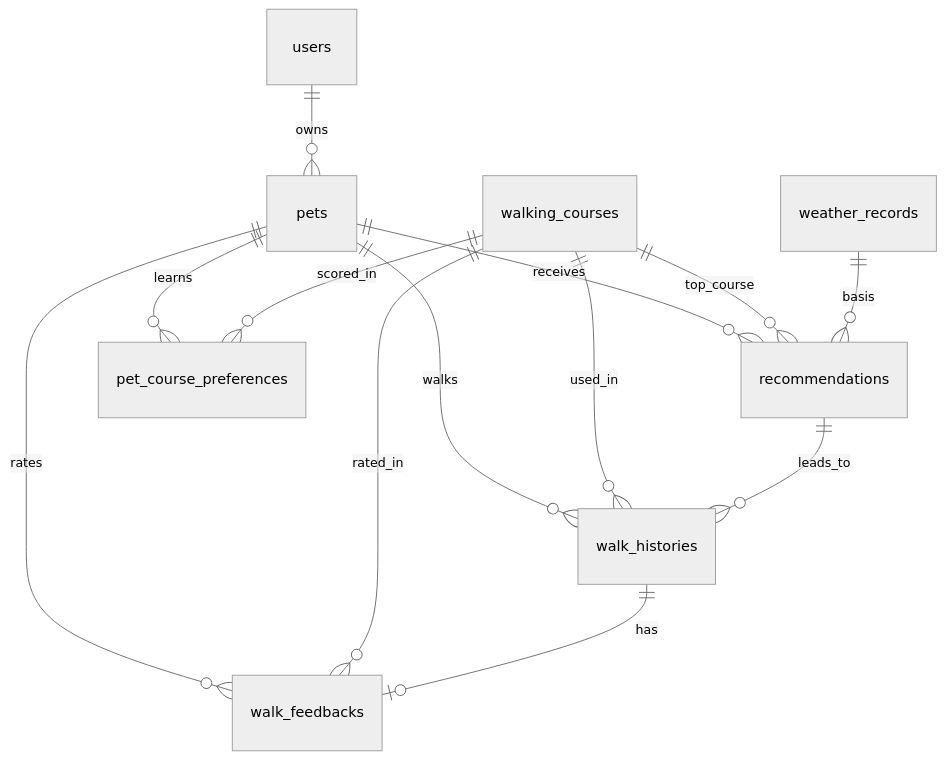
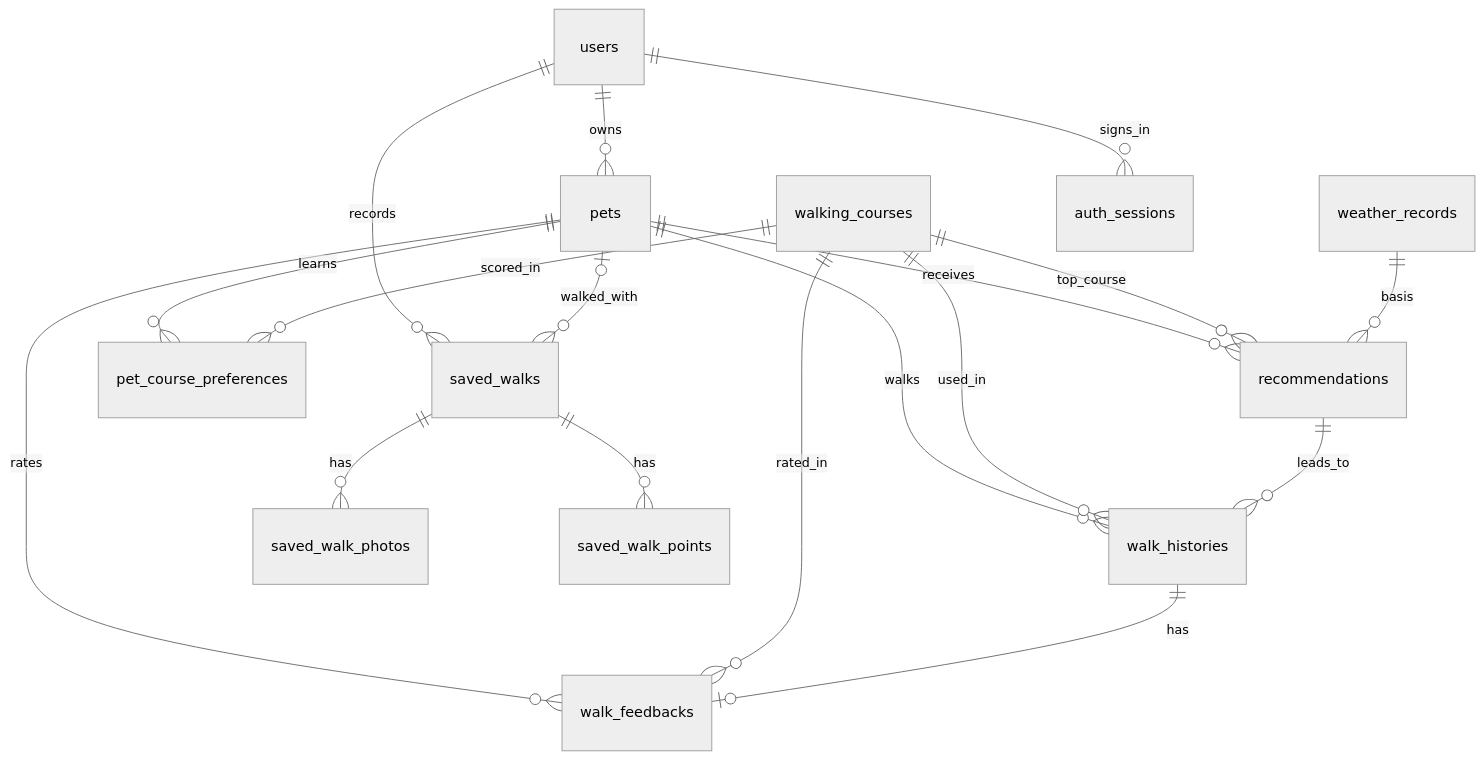
The fourth of 4 diagrams in docs/ARCHITECTURE.md (Kim-pitang/pawpath), drawn with Mermaid (neutral theme) before and after one commit. The commit also changed other lines of this file and 56 other files, not shown here.

````diff
--- a/docs/ARCHITECTURE.md
+++ b/docs/ARCHITECTURE.md
@@ -139,15 +189,20 @@
 ```mermaid
 erDiagram
     users ||--o{ pets : owns
     pets ||--o{ recommendations : receives
     pets ||--o{ walk_histories : walks
     pets ||--o{ walk_feedbacks : rates
     pets ||--o{ pet_course_preferences : learns
     walking_courses ||--o{ walk_histories : used_in
     walking_courses ||--o{ walk_feedbacks : rated_in
     walking_courses ||--o{ pet_course_preferences : scored_in
     walking_courses ||--o{ recommendations : top_course
     weather_records ||--o{ recommendations : basis
     recommendations ||--o{ walk_histories : leads_to
     walk_histories ||--o| walk_feedbacks : has
+    users ||--o{ saved_walks : records
+    users ||--o{ auth_sessions : signs_in
+    saved_walks ||--o{ saved_walk_photos : has
+    pets |o--o{ saved_walks : walked_with
+    saved_walks ||--o{ saved_walk_points : has
 ```
````
